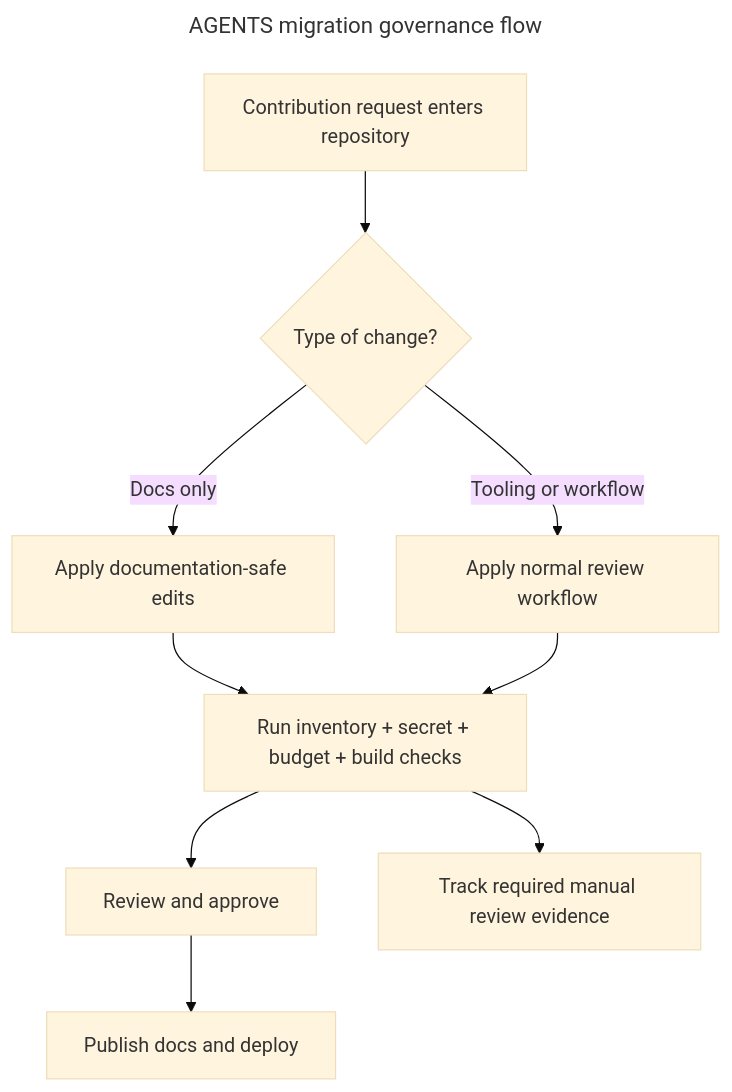
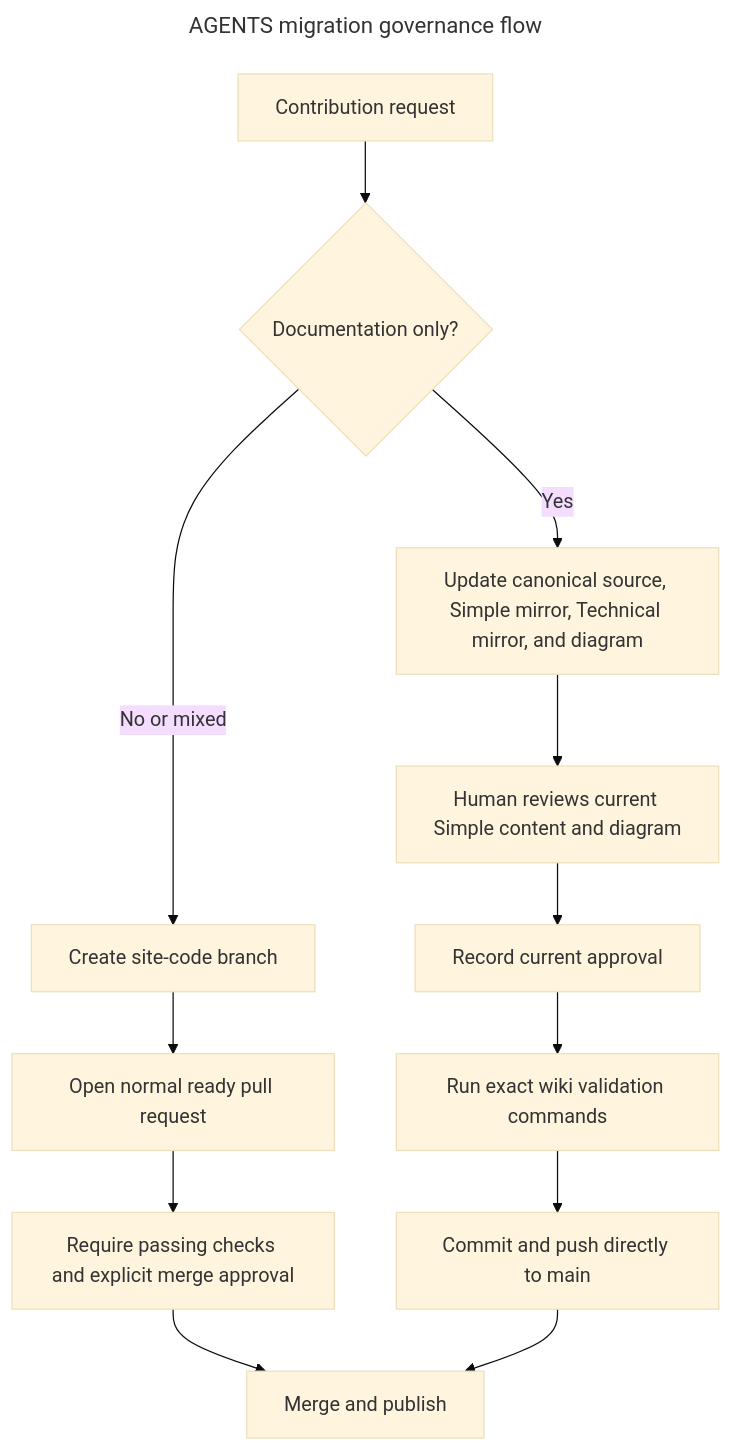
Before and after one commit to ramideltoro/nutsnews-docs: the diagram in diagrams/AGENTS.mmd, drawn with Mermaid (base theme). The commit also changed 3 other files, not shown here.

Commit message:
docs(wiki): define repository contribution rules

```diff
--- a/diagrams/AGENTS.mmd
+++ b/diagrams/AGENTS.mmd
@@ -1,17 +1,20 @@
 ---
 title: AGENTS migration governance flow
 ---
 
 flowchart TD
   accTitle: AGENTS.md (Technical)
   accDescr {
-    NutsNews repository-wide contribution contract for documentation.
+    A contribution is classified as documentation-only or site-code work. Documentation-only work updates the complete approved document bundle and may go directly to main after validation. Site-code or mixed work uses a checked and approved pull request.
   }
-  A["Contribution request enters repository"] --> B{"Type of change?"}
-  B -->|Docs only| C["Apply documentation-safe edits"]
-  B -->|Tooling or workflow| D["Apply normal review workflow"]
-  C --> E["Run inventory + secret + budget + build checks"]
-  E --> F["Review and approve"]
-  F --> G["Publish docs and deploy"]
-  D --> E
-  E --> H["Track required manual review evidence"]
+  request["Contribution request"] --> classify{"Documentation only?"}
+  classify -->|Yes| bundle["Update canonical source, Simple mirror, Technical mirror, and diagram"]
+  bundle --> review["Human reviews current Simple content and diagram"]
+  review --> approve["Record current approval"]
+  approve --> validate["Run exact wiki validation commands"]
+  validate --> direct["Commit and push directly to main"]
+  classify -->|No or mixed| branch["Create site-code branch"]
+  branch --> pr["Open normal ready pull request"]
+  pr --> checks["Require passing checks and explicit merge approval"]
+  checks --> publish["Merge and publish"]
+  direct --> publish
```
